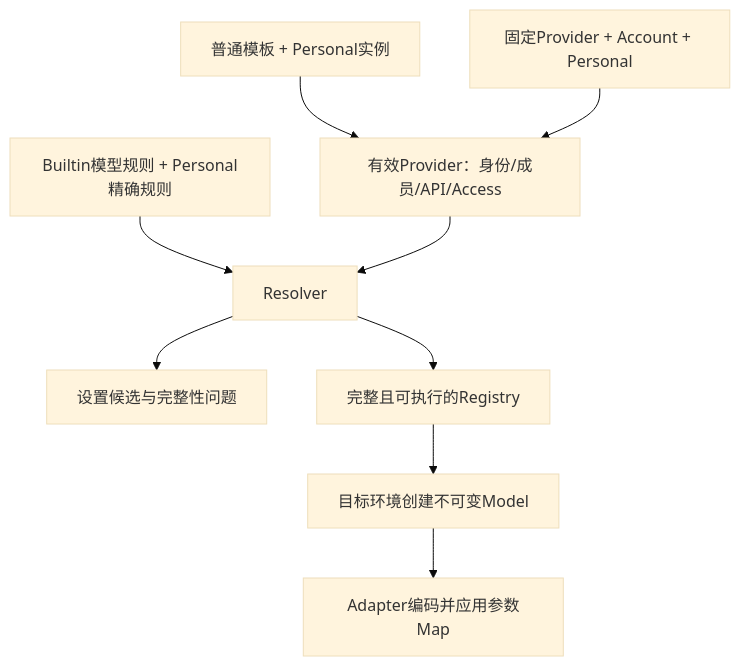
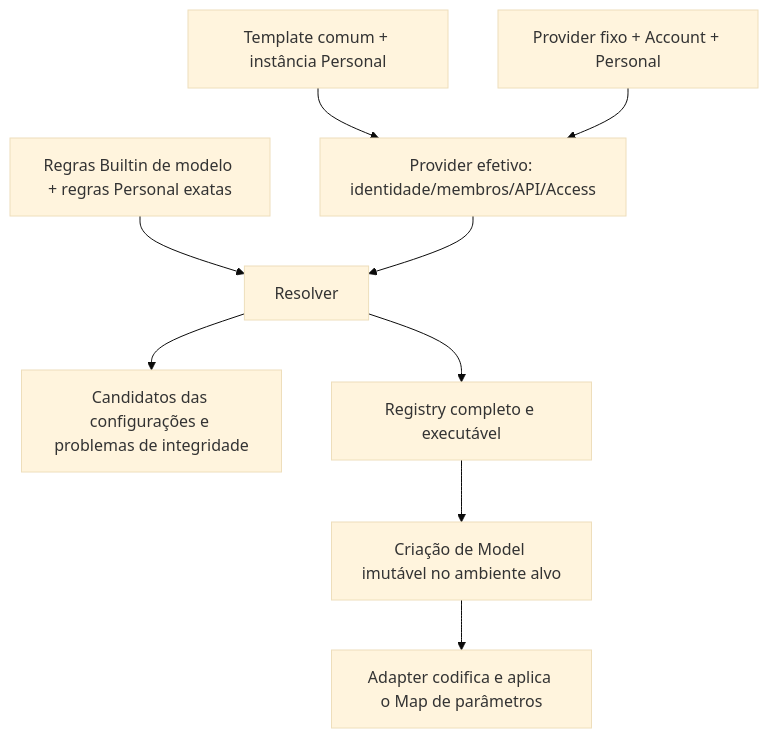
One commit to JoaoNetoDev/BR-Code changed the diagram in docs/builtin-provider-maintenance/configuration.md. Above: the diagram before and after it, drawn with Mermaid (base theme). The commit also changed other lines of this file and 177 other files, not shown here.

````diff
--- a/docs/builtin-provider-maintenance/configuration.md
+++ b/docs/builtin-provider-maintenance/configuration.md
@@ -18,11 +18,11 @@
 ```mermaid
 flowchart TD
-    T[普通模板 + Personal实例] --> P[有效Provider：身份/成员/API/Access]
-    A[固定Provider + Account + Personal] --> P
-    B[Builtin模型规则 + Personal精确规则] --> R[Resolver]
+    T[Template comum + instância Personal] --> P[Provider efetivo: identidade/membros/API/Access]
+    A[Provider fixo + Account + Personal] --> P
+    B[Regras Builtin de modelo + regras Personal exatas] --> R[Resolver]
     P --> R
-    R --> S[设置候选与完整性问题]
-    R --> G[完整且可执行的Registry]
-    G --> M[目标环境创建不可变Model]
-    M --> H[Adapter编码并应用参数Map]
+    R --> S[Candidatos das configurações e problemas de integridade]
+    R --> G[Registry completo e executável]
+    G --> M[Criação de Model imutável no ambiente alvo]
+    M --> H[Adapter codifica e aplica o Map de parâmetros]
 ```
````
